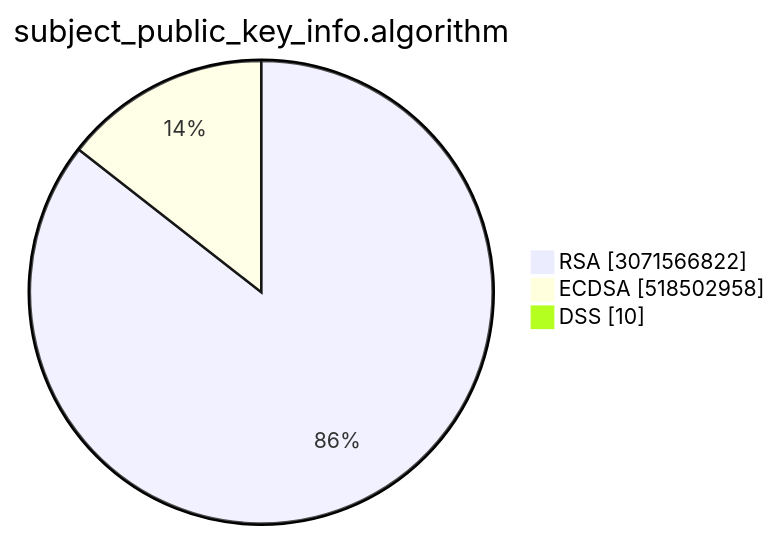
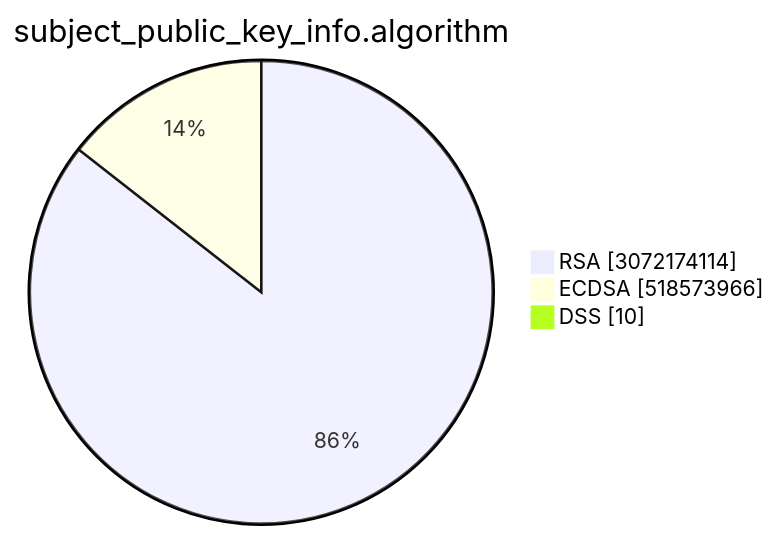
Before and after one commit to christiankrug/ctmonitor_visualization: the second of 15 diagrams in TOTAL/README.md, drawn with Mermaid. The commit also changed other lines of this file, not shown here.

````diff
--- a/TOTAL/README.md
+++ b/TOTAL/README.md
@@ -6,7 +6,7 @@
 ```mermaid
 pie showData
 title subject_public_key_info.algorithm
-"RSA" :3071566822
-"ECDSA" :518502958
+"RSA" :3072174114
+"ECDSA" :518573966
 "DSS" :10
 ```
````
